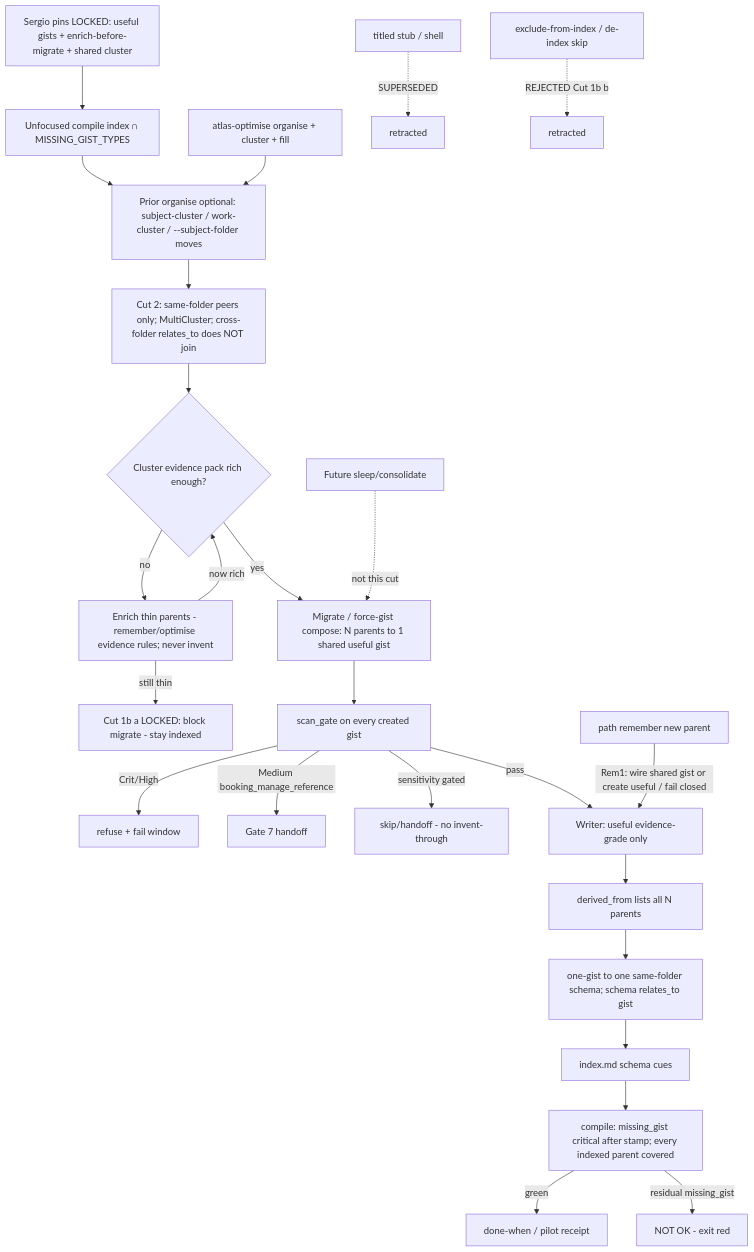
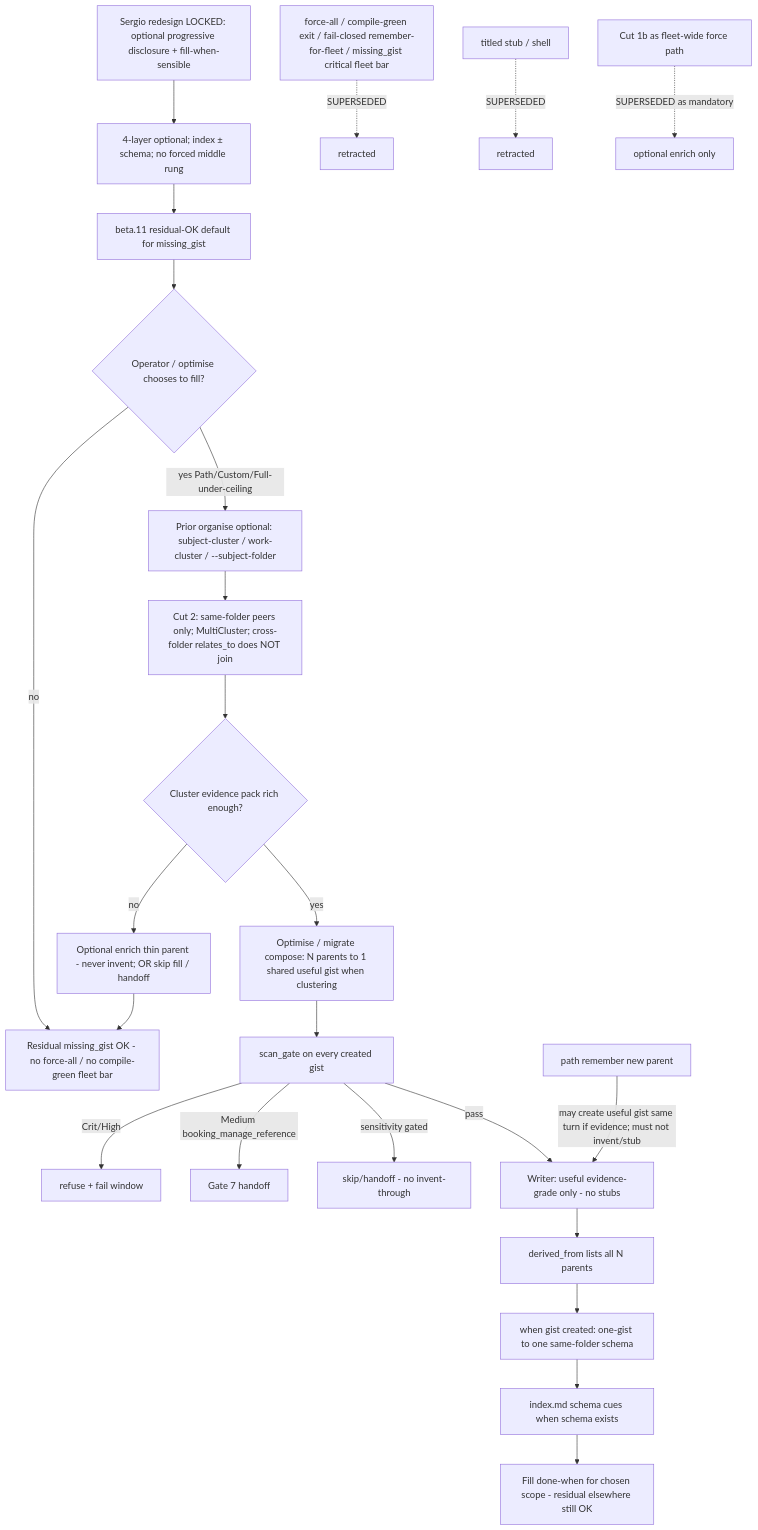
Before and after one commit to sergio-sisternes-epam/atlas-atlas: the diagram in autogenesis/plans/2026-10-06-atlas-force-gist-compile-green.md, drawn with Mermaid. The commit also changed other lines of this file and 5 other files, not shown here.

First line of the commit message:
docs(autogenesis): soften force-gist — optional progressive disclosure + fill-when-sensible

````diff
--- a/autogenesis/plans/2026-10-06-atlas-force-gist-compile-green.md
+++ b/autogenesis/plans/2026-10-06-atlas-force-gist-compile-green.md
@@ -177,27 +192,26 @@
 ```mermaid
 flowchart TB
-  Pin[Sergio pins LOCKED: useful gists + enrich-before-migrate + shared cluster] --> Scope[Unfocused compile index ∩ MISSING_GIST_TYPES]
-  Scope --> Organise[Prior organise optional: subject-cluster / work-cluster / --subject-folder moves]
+  Pin[Sergio redesign LOCKED: optional progressive disclosure + fill-when-sensible] --> Soft[4-layer optional; index ± schema; no forced middle rung]
+  Soft --> Baseline[beta.11 residual-OK default for missing_gist]
+  Baseline --> OptIn{Operator / optimise chooses to fill?}
+  OptIn -->|no| ResidualOK[Residual missing_gist OK - no force-all / no compile-green fleet bar]
+  OptIn -->|yes Path/Custom/Full-under-ceiling| Organise[Prior organise optional: subject-cluster / work-cluster / --subject-folder]
   Organise --> Cluster[Cut 2: same-folder peers only; MultiCluster; cross-folder relates_to does NOT join]
   Cluster --> Pack{Cluster evidence pack rich enough?}
-  Pack -->|no| Enrich[Enrich thin parents - remember/optimise evidence rules; never invent]
-  Enrich -->|still thin| Block[Cut 1b a LOCKED: block migrate - stay indexed]
-  Enrich -->|now rich| Pack
-  Pack -->|yes| Mig[Migrate / force-gist compose: N parents to 1 shared useful gist]
-  Mig --> Scan[scan_gate on every created gist]
+  Pack -->|no| OptEnrich[Optional enrich thin parent - never invent; OR skip fill / handoff]
+  OptEnrich --> ResidualOK
+  Pack -->|yes| Fill[Optimise / migrate compose: N parents to 1 shared useful gist when clustering]
+  Fill --> Scan[scan_gate on every created gist]
   Scan -->|Crit/High| Refuse[refuse + fail window]
   Scan -->|Medium booking_manage_reference| Handoff[Gate 7 handoff]
   Scan -->|sensitivity gated| Skip[skip/handoff - no invent-through]
-  Scan -->|pass| Writer[Writer: useful evidence-grade only]
+  Scan -->|pass| Writer[Writer: useful evidence-grade only - no stubs]
   Writer --> DerivedN[derived_from lists all N parents]
-  DerivedN --> SchemaBody[one-gist to one same-folder schema; schema relates_to gist]
-  SchemaBody --> Index[index.md schema cues]
-  Index --> Compile[compile: missing_gist critical after stamp; every indexed parent covered]
-  Compile -->|green| Exit[done-when / pilot receipt]
-  Compile -->|residual missing_gist| Fail[NOT OK - exit red]
-  Remember[path remember new parent] -->|Rem1: wire shared gist or create useful / fail closed| Writer
-  Opt[atlas-optimise organise + cluster + fill] --> Organise
-  Sleep[Future sleep/consolidate] -.not this cut.-> Mig
-  StubOld[titled stub / shell] -.->|SUPERSEDED| X1[retracted]
-  ExcludeOld[exclude-from-index / de-index skip] -.->|REJECTED Cut 1b b| X2[retracted]
+  DerivedN --> SchemaBody[when gist created: one-gist to one same-folder schema]
+  SchemaBody --> IndexCue[index.md schema cues when schema exists]
+  IndexCue --> Done[Fill done-when for chosen scope - residual elsewhere still OK]
+  Remember[path remember new parent] -->|may create useful gist same turn if evidence; must not invent/stub| Writer
+  ForceOld[force-all / compile-green exit / fail-closed remember-for-fleet / missing_gist critical fleet bar] -.->|SUPERSEDED| X1[retracted]
+  StubOld[titled stub / shell] -.->|SUPERSEDED| X2[retracted]
+  Cut1bForce[Cut 1b as fleet-wide force path] -.->|SUPERSEDED as mandatory| X3[optional enrich only]
 ```
````
